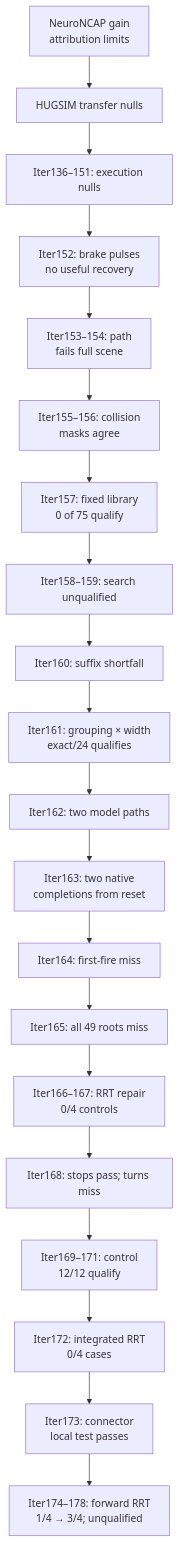
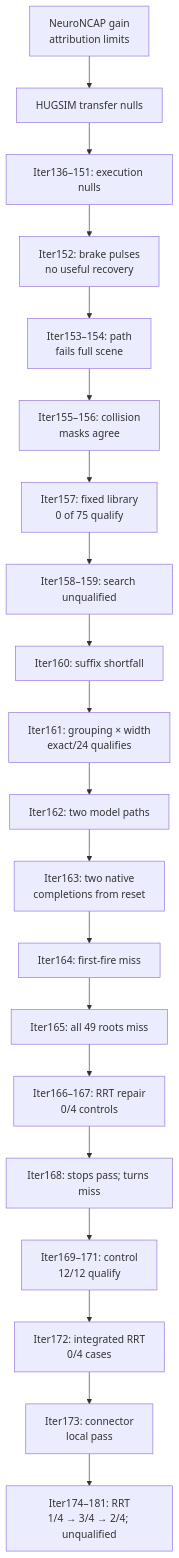
Before and after one commit to manfromnowhere143/sentinel: the second of 3 diagrams in README.md, drawn with Mermaid. The commit also changed other lines of this file and 9 other files, not shown here.

````diff
--- a/README.md
+++ b/README.md
@@ -228,24 +228,24 @@
 ```mermaid
 flowchart TB
   accTitle: How evidence changed the question
   accDescr: Local qualification is not first-fire recovery.
   N["NeuroNCAP gain<br/>attribution limits"] --> T["HUGSIM transfer nulls"]
   T --> E["Iter136–151: execution nulls"]
   E --> P["Iter152: brake pulses<br/>no useful recovery"]
   P --> M["Iter153–154: path<br/>fails full scene"]
   M --> W["Iter155–156: collision<br/>masks agree"]
   W --> L["Iter157: fixed library<br/>0 of 75 qualify"]
   L --> A["Iter158–159: search unqualified"]
   A --> K["Iter160: suffix shortfall"]
   K --> G["Iter161: grouping × width<br/>exact/24 qualifies"]
   G --> S["Iter162: two model paths"]
   S --> V["Iter163: two native<br/>completions from reset"]
   V --> B["Iter164: first-fire miss"]
   B --> D["Iter165: all 49 roots miss"]
   D --> R["Iter166–167: RRT repair<br/>0/4 controls"]
   R --> J["Iter168: stops pass; turns miss"]
   J --> H["Iter169–171: control<br/>12/12 qualify"]
   H --> I["Iter172: integrated RRT<br/>0/4 cases"]
-  I --> O["Iter173: connector<br/>local test passes"]
-  O --> U["Iter174–178: forward RRT<br/>1/4 → 3/4; unqualified"]
+  I --> O["Iter173: connector<br/>local pass"]
+  O --> U["Iter174–181: RRT<br/>1/4 → 3/4 → 2/4; unqualified"]
 ```
````
